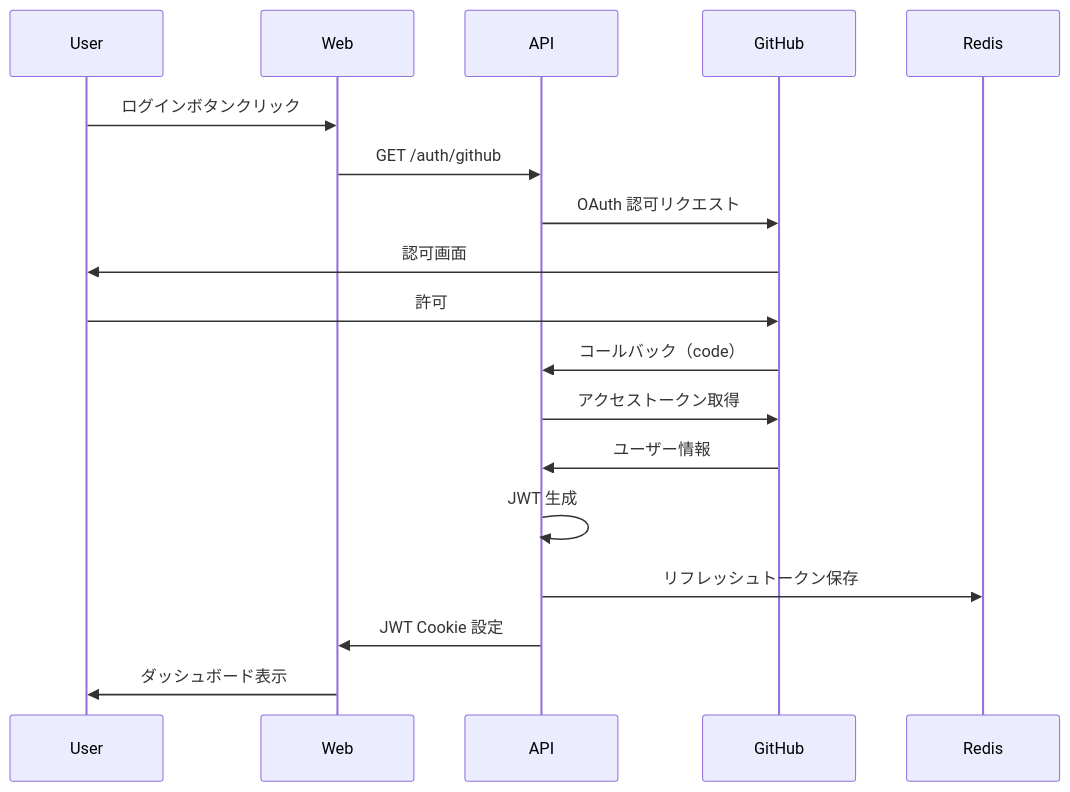
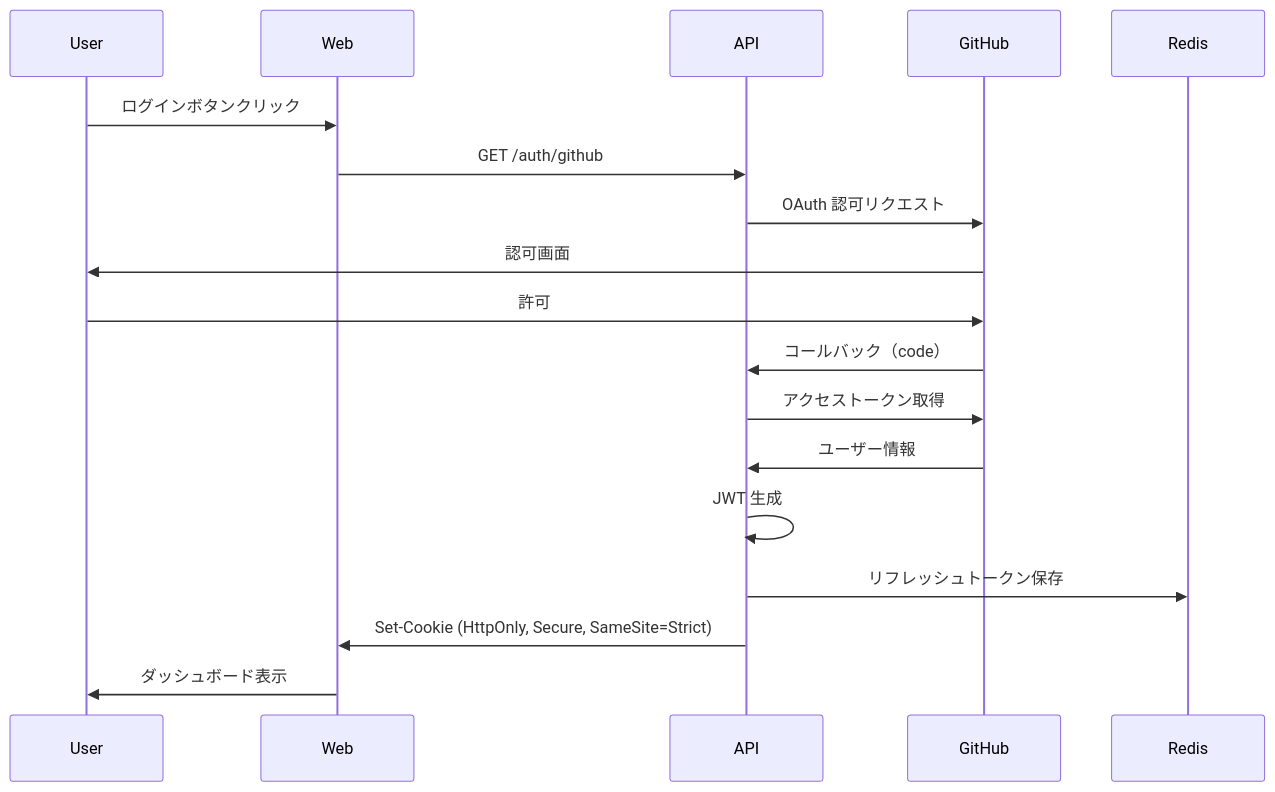
Before and after one commit to tsutsumi389/agentest: the second of 4 diagrams in docs/architecture/diagrams/system-overview.md, drawn with Mermaid. The commit also changed other lines of this file and 3 other files, not shown here.

````diff
--- a/docs/architecture/diagrams/system-overview.md
+++ b/docs/architecture/diagrams/system-overview.md
@@ -55,21 +56,21 @@
 ```mermaid
 sequenceDiagram
     participant User
     participant Web
     participant API
     participant GitHub
     participant Redis
 
     User->>Web: ログインボタンクリック
     Web->>API: GET /auth/github
     API->>GitHub: OAuth 認可リクエスト
     GitHub->>User: 認可画面
     User->>GitHub: 許可
     GitHub->>API: コールバック（code）
     API->>GitHub: アクセストークン取得
     GitHub->>API: ユーザー情報
     API->>API: JWT 生成
     API->>Redis: リフレッシュトークン保存
-    API->>Web: JWT Cookie 設定
+    API->>Web: Set-Cookie (HttpOnly, Secure, SameSite=Strict)
     Web->>User: ダッシュボード表示
 ```
````
